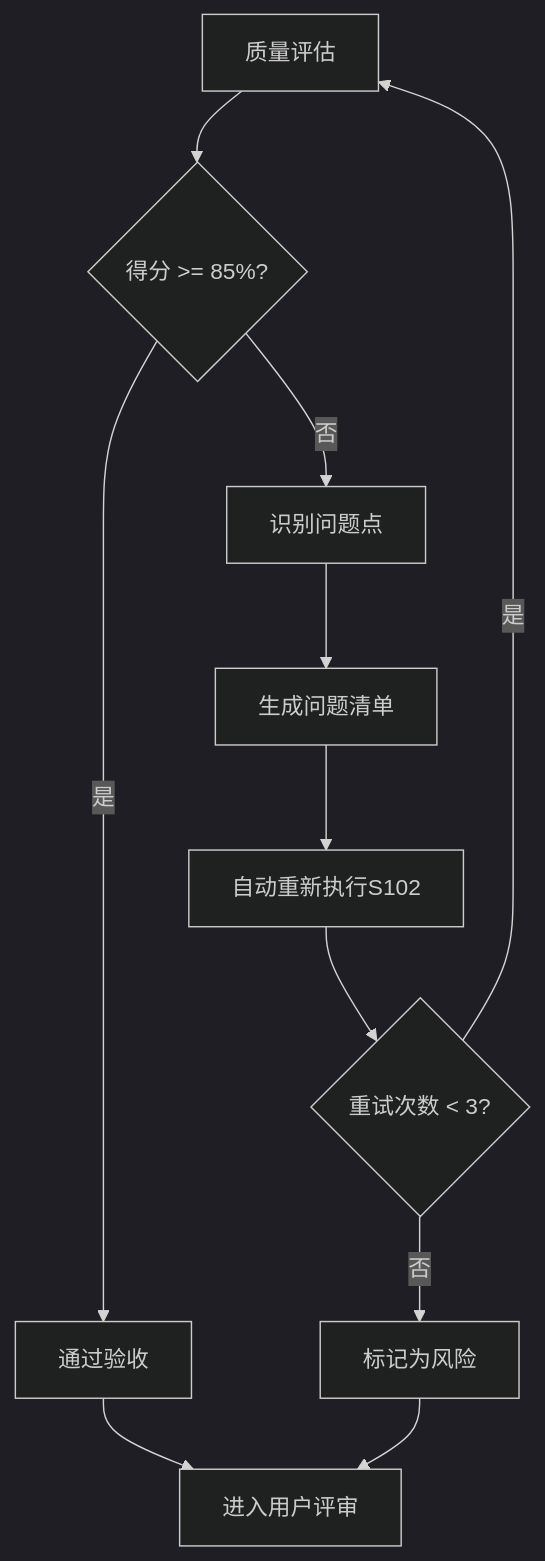
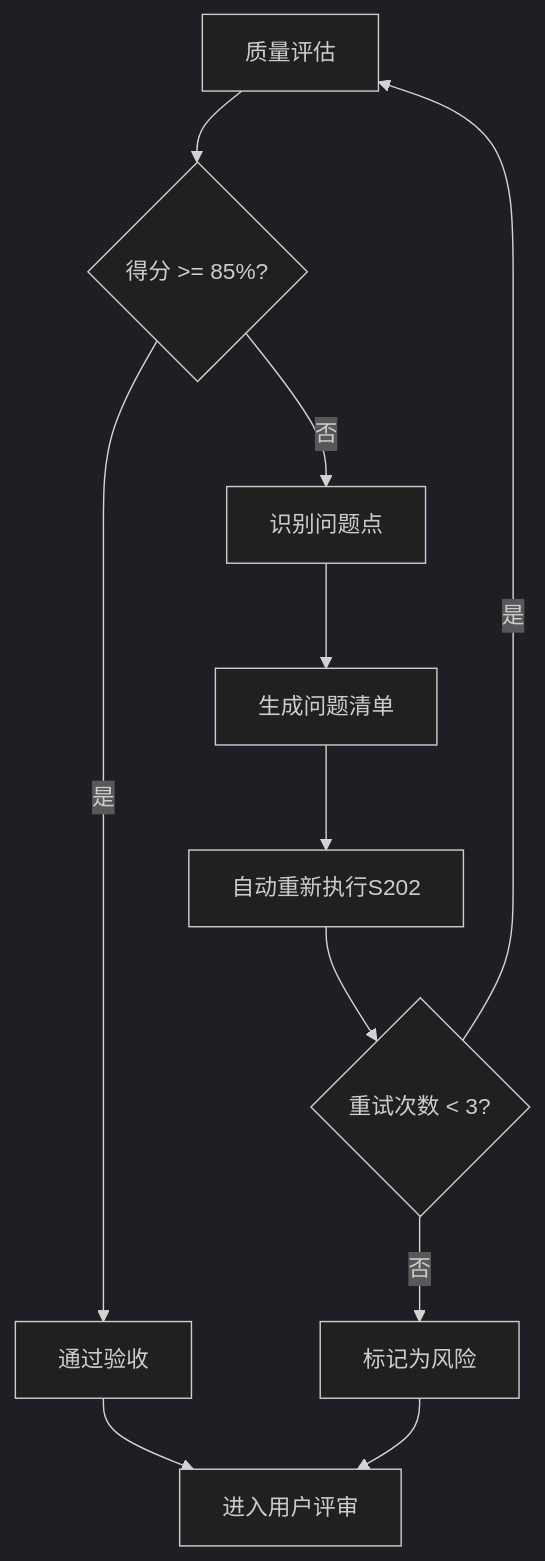
One commit to HeartFlying/swf changed the second of 2 diagrams in skills/s2-explicit/SKILL.md. Above: the diagram before and after it, drawn with Mermaid (dark theme). The commit also changed other lines of this file and 10 other files, not shown here.

````diff
--- a/skills/s2-explicit/SKILL.md
+++ b/skills/s2-explicit/SKILL.md
@@ -270,13 +270,13 @@
 ```mermaid
 flowchart TD
     Evaluate[质量评估] --> Score{得分 >= 85%?}
     Score -->|是| Pass[通过验收]
     Score -->|否| Identify[识别问题点]
     Identify --> List[生成问题清单]
-    List --> ReExecute[自动重新执行S102]
+    List --> ReExecute[自动重新执行S202]
     ReExecute --> Retry{重试次数 < 3?}
     Retry -->|是| Evaluate
     Retry -->|否| Risk[标记为风险]
     Pass --> UserReview[进入用户评审]
     Risk --> UserReview
 ```
````
